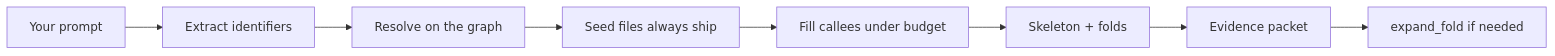
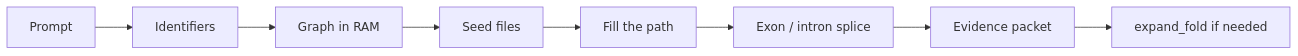
The diagram in README.md (pinoox/neuromesh), drawn with Mermaid before and after one commit. The commit also changed other lines of this file, not shown here.

````diff
--- a/README.md
+++ b/README.md
@@ -125,10 +86,10 @@
 ```mermaid
 flowchart LR
-  A[Your prompt] --> B[Extract identifiers]
-  B --> C[Resolve on the graph]
-  C --> D[Seed files always ship]
-  D --> E[Fill callees under budget]
-  E --> F[Skeleton + folds]
-  F --> G[Evidence packet]
-  G --> H[expand_fold if needed]
+  P[Prompt] --> I[Identifiers]
+  I --> G[Graph in RAM]
+  G --> S[Seed files]
+  S --> F[Fill the path]
+  F --> X[Exon / intron splice]
+  X --> E[Evidence packet]
+  E --> W[expand_fold if needed]
 ```
````
